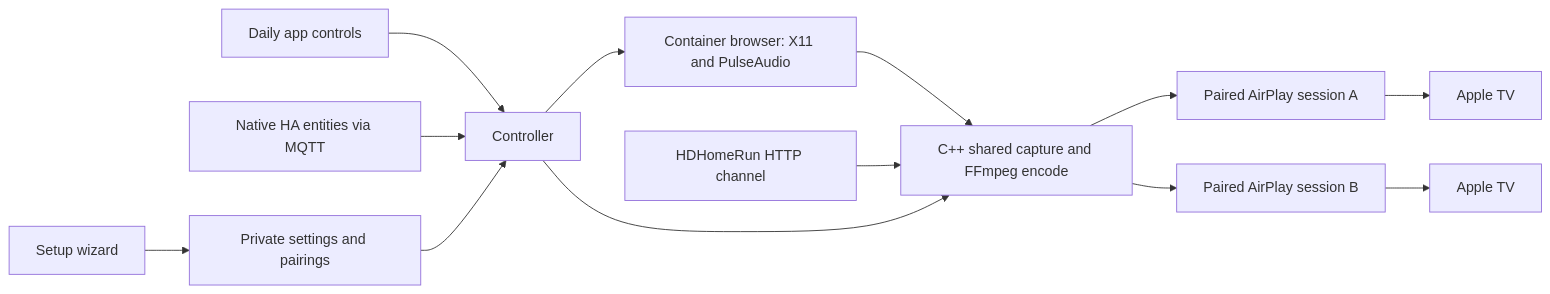
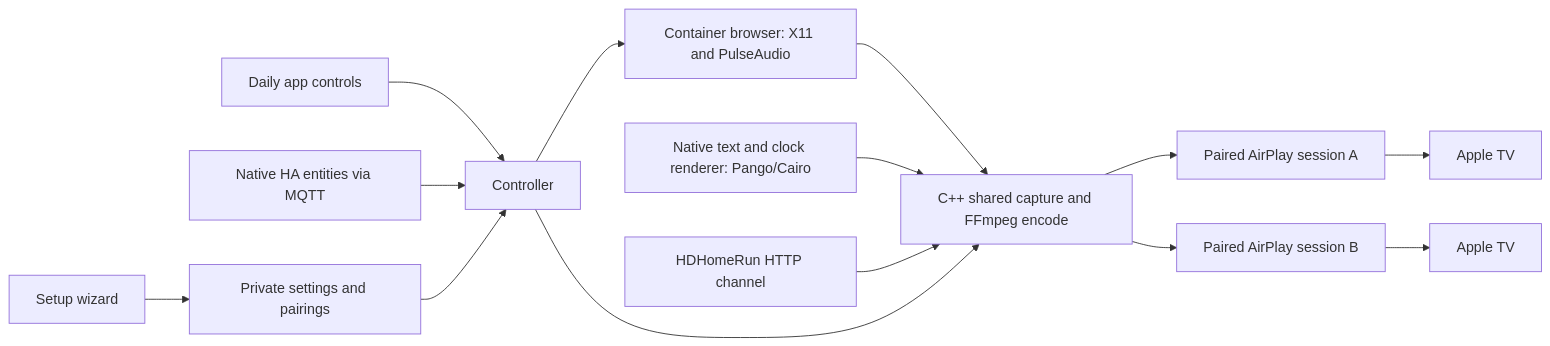
Before and after one commit to OrdinaryPlace/AirplayVideo: the diagram in docs/architecture.md, drawn with Mermaid. The commit also changed other lines of this file and 24 other files, not shown here.

````diff
--- a/docs/architecture.md
+++ b/docs/architecture.md
@@ -3,15 +3,16 @@
 ```mermaid
 flowchart LR
   W[Setup wizard] --> S[Private settings and pairings]
   U[Daily app controls] --> C[Controller]
   H[Native HA entities via MQTT] --> C
   S --> C
   B[Container browser: X11 and PulseAudio] --> M[C++ shared capture and FFmpeg encode]
+  G[Native text and clock renderer: Pango/Cairo] --> M
   T[HDHomeRun HTTP channel] --> M
   C --> B
   C --> M
   M --> A[Paired AirPlay session A]
   M --> D[Paired AirPlay session B]
   A --> TV1[Apple TV]
   D --> TV2[Apple TV]
 ```
````
